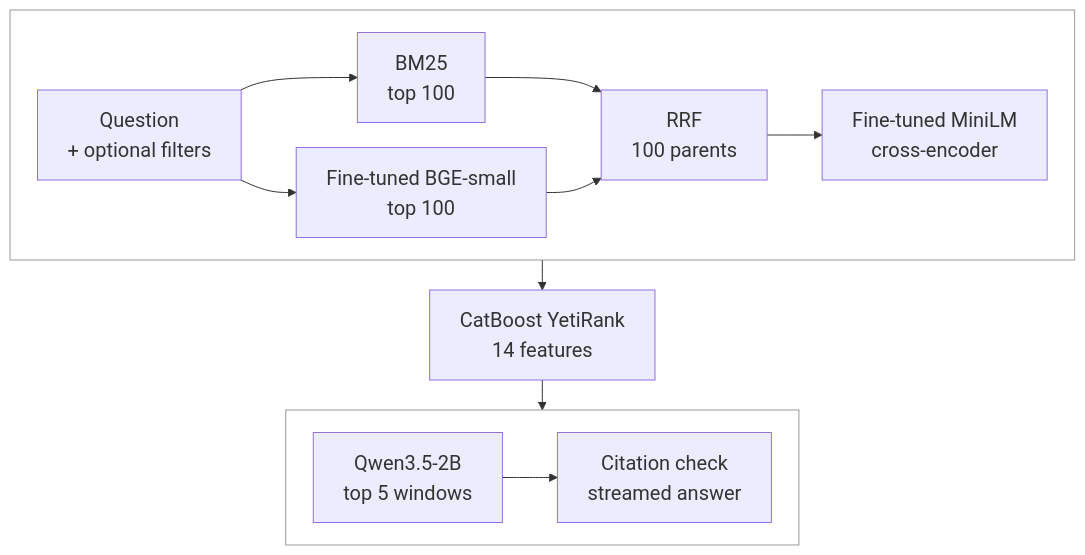
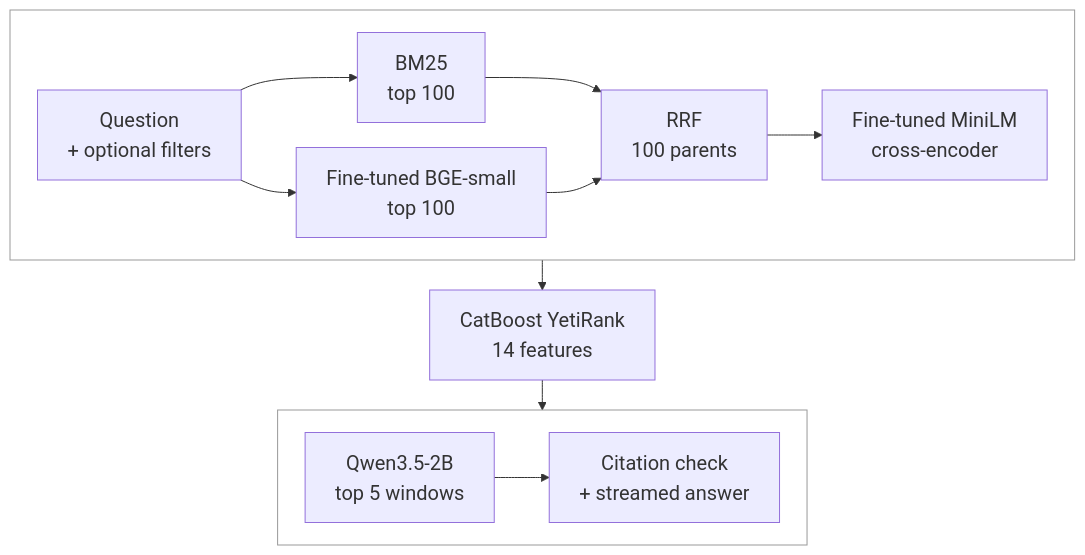
Before and after one commit to flaretensor/ledgerlight: the diagram in README.md, drawn with Mermaid.

Commit message:
docs(readme): clarify the last pipeline step label

````diff
--- a/README.md
+++ b/README.md
@@ -11,32 +11,32 @@
 ```mermaid
 %%{init: {"flowchart": {"nodeSpacing": 25, "rankSpacing": 30, "wrappingWidth": 300}}}%%
 flowchart TB
     classDef default font-size:20px;
 
     subgraph ROW1[" "]
         direction LR
         Q["Question<br/>+ optional filters"]
         B["BM25<br/>top 100"]
         D["Fine-tuned BGE-small<br/>top 100"]
         R["RRF<br/>100 parents"]
         C["Fine-tuned MiniLM<br/>cross-encoder"]
         Q --> B --> R
         Q --> D --> R
         R --> C
     end
 
     L["CatBoost YetiRank<br/>14 features"]
 
     subgraph ROW2[" "]
         direction LR
         G["Qwen3.5-2B<br/>top 5 windows"]
-        V["Citation check<br/>streamed answer"]
+        V["Citation check<br/>+ streamed answer"]
         G --> V
     end
 
     ROW1 --> L
     L --> ROW2
 
     style ROW1 fill:none,stroke:#999
     style ROW2 fill:none,stroke:#999
 ```
````
